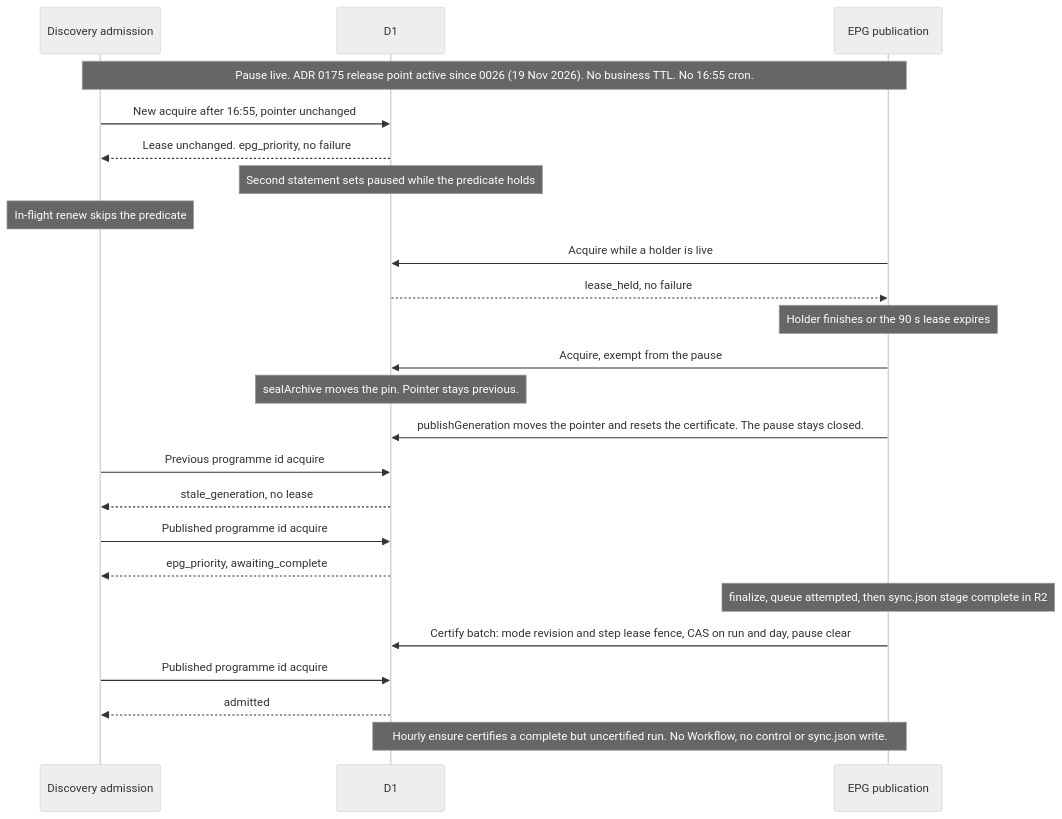
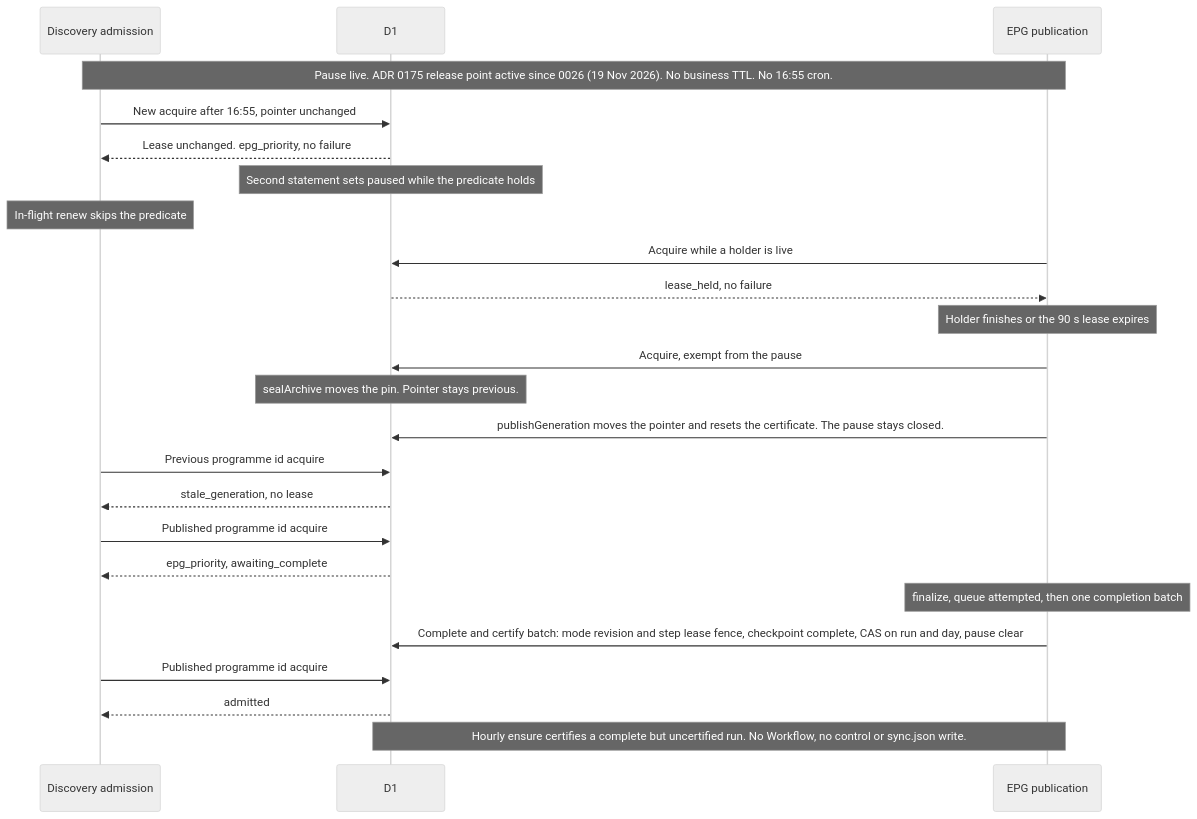
One commit to vladimino/iptv-watchlist changed the sixth of 15 diagrams in docs/architecture/scheduling-and-orchestration.md. Above: the diagram before and after it, drawn with Mermaid (neutral theme). The commit also changed other lines of this file and 23 other files, not shown here.

First line of the commit message:
AIR-551: retire EPG checkpoint R2 fallback after D1 cutover (#906)

````diff
--- a/docs/architecture/scheduling-and-orchestration.md
+++ b/docs/architecture/scheduling-and-orchestration.md
@@ -205,26 +206,26 @@
 ```mermaid
 sequenceDiagram
     participant Disc as Discovery admission
     participant D1 as D1
     participant EPG as EPG publication
     Note over Disc,EPG: Pause live. ADR 0175 release point active since 0026 (19 Nov 2026). No business TTL. No 16:55 cron.
     Disc->>D1: New acquire after 16:55, pointer unchanged
     D1-->>Disc: Lease unchanged. epg_priority, no failure
     Note over D1: Second statement sets paused while the predicate holds
     Note over Disc: In-flight renew skips the predicate
     EPG->>D1: Acquire while a holder is live
     D1-->>EPG: lease_held, no failure
     Note over EPG: Holder finishes or the 90 s lease expires
     EPG->>D1: Acquire, exempt from the pause
     Note over D1: sealArchive moves the pin. Pointer stays previous.
     EPG->>D1: publishGeneration moves the pointer and resets the certificate. The pause stays closed.
     Disc->>D1: Previous programme id acquire
     D1-->>Disc: stale_generation, no lease
     Disc->>D1: Published programme id acquire
     D1-->>Disc: epg_priority, awaiting_complete
-    Note over EPG: finalize, queue attempted, then sync.json stage complete in R2
-    EPG->>D1: Certify batch: mode revision and step lease fence, CAS on run and day, pause clear
+    Note over EPG: finalize, queue attempted, then one completion batch
+    EPG->>D1: Complete and certify batch: mode revision and step lease fence, checkpoint complete, CAS on run and day, pause clear
     Disc->>D1: Published programme id acquire
     D1-->>Disc: admitted
     Note over EPG,D1: Hourly ensure certifies a complete but uncertified run. No Workflow, no control or sync.json write.
 ```
````
